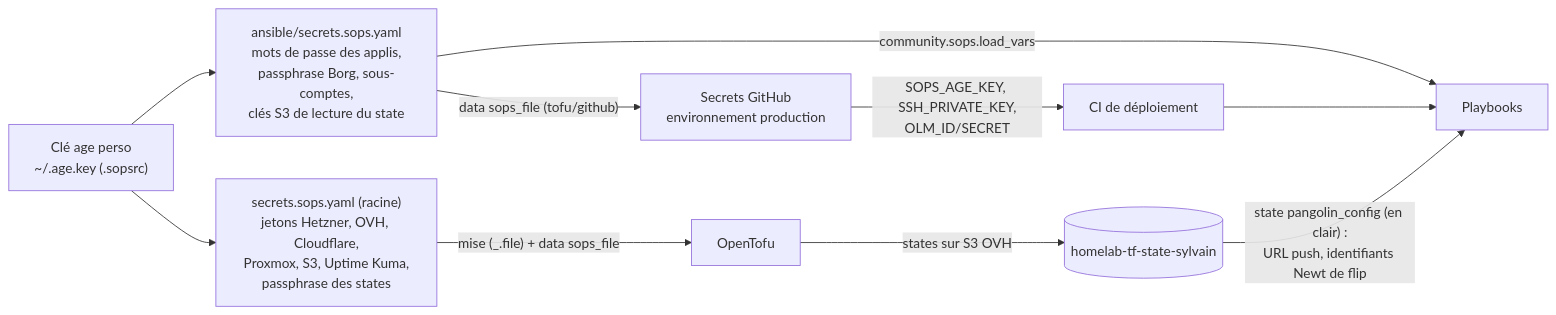
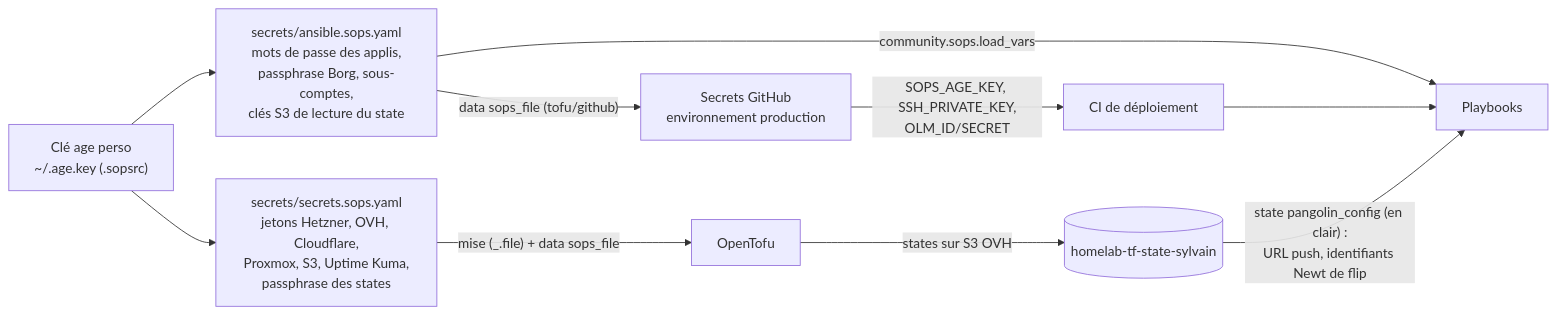
Before and after one commit to sylvainmetayer/homelab: the second of 4 diagrams in docs/architecture.md, drawn with Mermaid. The commit also changed other lines of this file and 90 other files, not shown here.

First line of the commit message:
feat(secrets): bascule vers le sous-module privé secrets/

````diff
--- a/docs/architecture.md
+++ b/docs/architecture.md
@@ -188,15 +188,15 @@
 ```mermaid
 flowchart LR
   agekey["Clé age perso<br/>~/.age.key (.sopsrc)"]
-  root["secrets.sops.yaml (racine)<br/>jetons Hetzner, OVH, Cloudflare,<br/>Proxmox, S3, Uptime Kuma,<br/>passphrase des states"]
-  ans["ansible/secrets.sops.yaml<br/>mots de passe des applis,<br/>passphrase Borg, sous-comptes,<br/>clés S3 de lecture du state"]
+  root["secrets/secrets.sops.yaml<br/>jetons Hetzner, OVH, Cloudflare,<br/>Proxmox, S3, Uptime Kuma,<br/>passphrase des states"]
+  ans["secrets/ansible.sops.yaml<br/>mots de passe des applis,<br/>passphrase Borg, sous-comptes,<br/>clés S3 de lecture du state"]
   agekey --> root
   agekey --> ans
   root -- "mise (_.file) + data sops_file" --> tofu[OpenTofu]
   ans -- "community.sops.load_vars" --> ansible[Playbooks]
   ans -- "data sops_file (tofu/github)" --> gh["Secrets GitHub<br/>environnement production"]
   gh -- "SOPS_AGE_KEY, SSH_PRIVATE_KEY,<br/>OLM_ID/SECRET" --> ci[CI de déploiement]
   ci --> ansible
   tofu -- "states sur S3 OVH" --> s3[("homelab-tf-state-sylvain")]
   s3 -- "state pangolin_config (en clair) :<br/>URL push, identifiants Newt de flip" --> ansible
 ```
````
